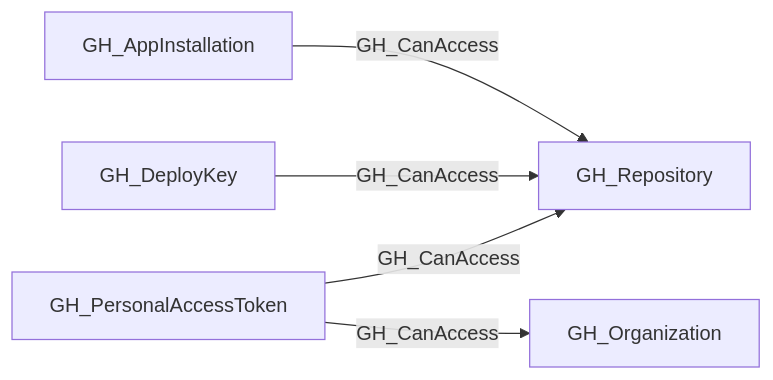
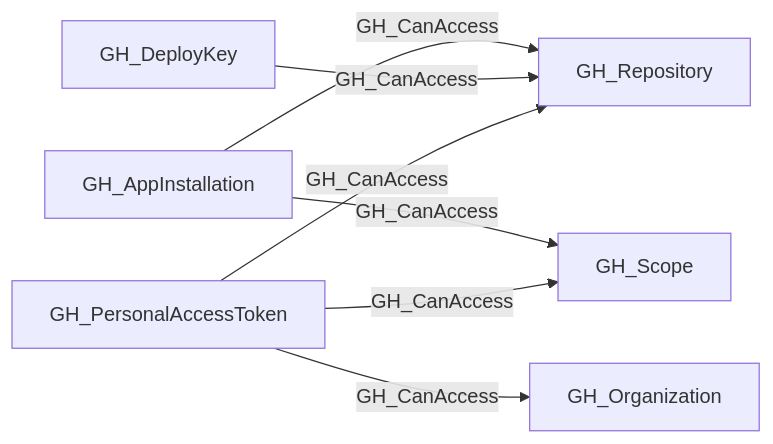
One commit to SpecterOps/bloodhound-docs changed the first of 2 diagrams in docs/opengraph/extensions/github/edges/gh_canaccess.mdx. Above: the diagram before and after it, drawn with Mermaid. The commit also changed other lines of this file and 30 other files, not shown here.

Commit message:
chore: update openhound github reference for schema v1.4.0

````diff
--- a/docs/opengraph/extensions/github/edges/gh_canaccess.mdx
+++ b/docs/opengraph/extensions/github/edges/gh_canaccess.mdx
@@ -19,12 +21,15 @@
 ```mermaid
 flowchart LR
     GH_AppInstallation["GH_AppInstallation"]
     GH_DeployKey["GH_DeployKey"]
     GH_Organization["GH_Organization"]
     GH_PersonalAccessToken["GH_PersonalAccessToken"]
     GH_Repository["GH_Repository"]
+    GH_Scope["GH_Scope"]
     GH_AppInstallation -- GH_CanAccess --> GH_Repository
+    GH_AppInstallation -- GH_CanAccess --> GH_Scope
     GH_DeployKey -- GH_CanAccess --> GH_Repository
     GH_PersonalAccessToken -- GH_CanAccess --> GH_Organization
     GH_PersonalAccessToken -- GH_CanAccess --> GH_Repository
+    GH_PersonalAccessToken -- GH_CanAccess --> GH_Scope
 ```
````
